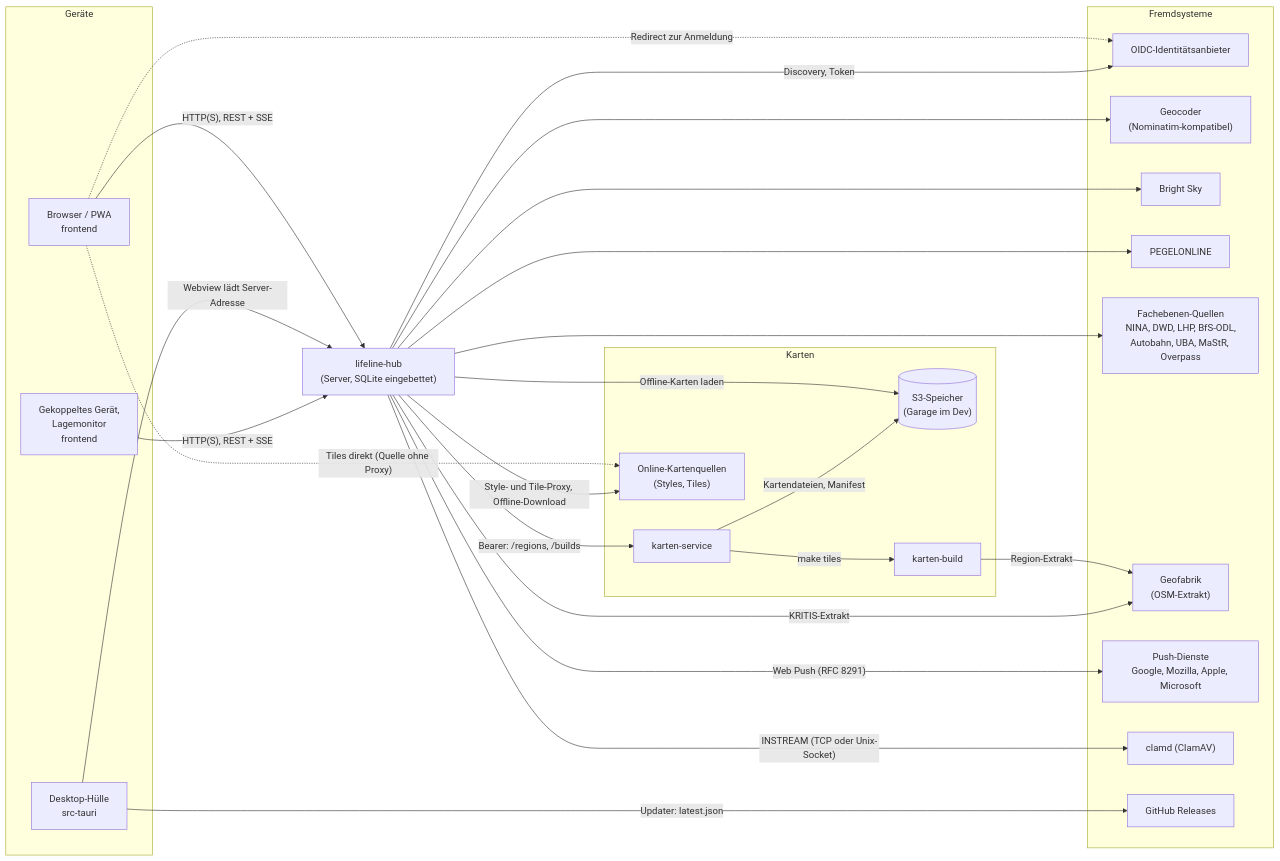
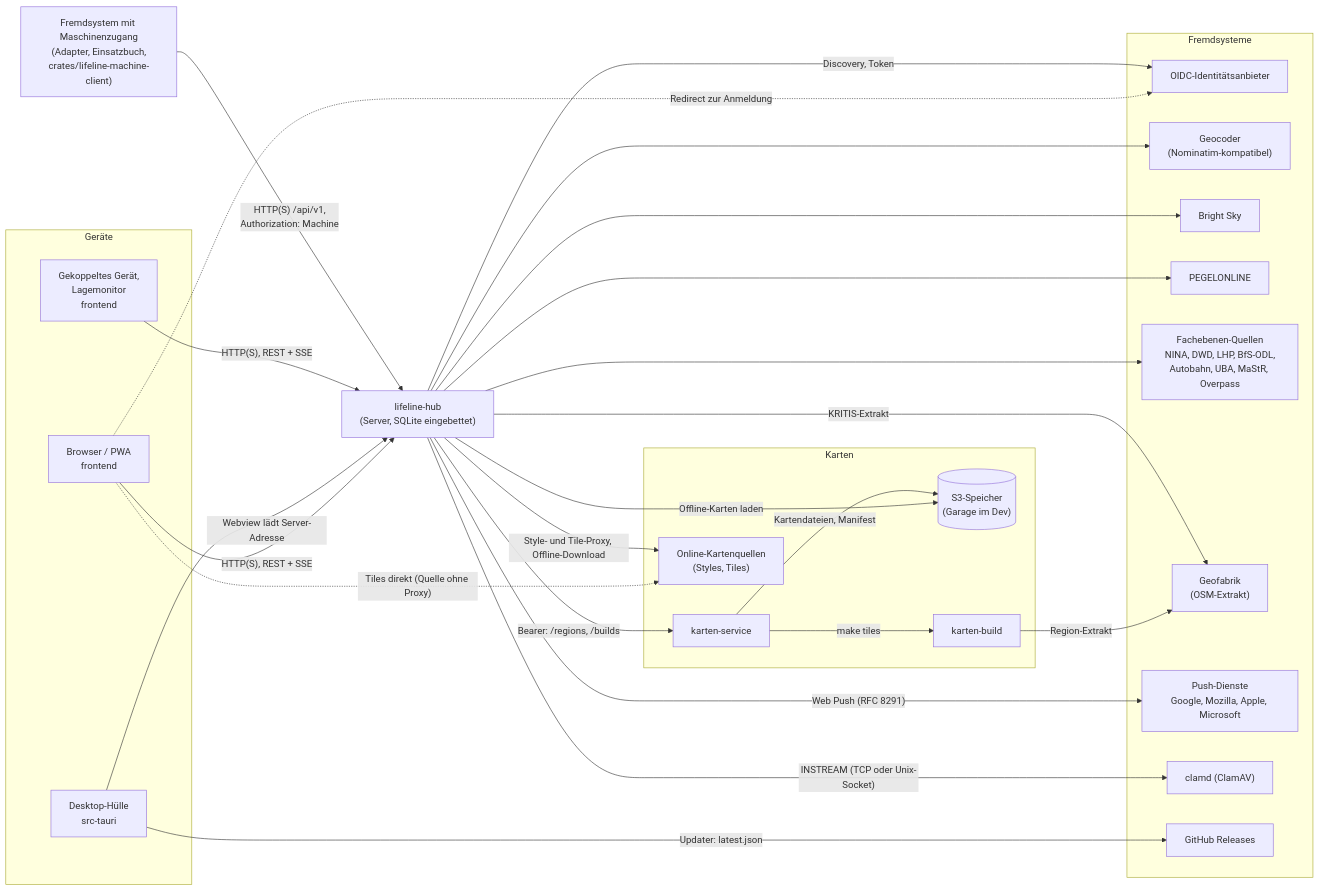
One commit to rubenvitt/lifeline-hub changed the diagram in docs/architektur/03-kontextabgrenzung.md. Above: the diagram before and after it, drawn with Mermaid. The commit also changed other lines of this file and 10 other files, not shown here.

````diff
--- a/docs/architektur/03-kontextabgrenzung.md
+++ b/docs/architektur/03-kontextabgrenzung.md
@@ -28,51 +28,54 @@
 ```mermaid
 flowchart LR
   subgraph geraete["Geräte"]
     browser["Browser / PWA<br/>frontend"]
     huelle["Desktop-Hülle<br/>src-tauri"]
     geraet["Gekoppeltes Gerät,<br/>Lagemonitor<br/>frontend"]
   end
+
+  maschine["Fremdsystem mit Maschinenzugang<br/>(Adapter, Einsatzbuch,<br/>crates/lifeline-machine-client)"]
 
   hub["lifeline-hub<br/>(Server, SQLite eingebettet)"]
 
   subgraph karten["Karten"]
     ks["karten-service"]
     s3[("S3-Speicher<br/>(Garage im Dev)")]
     kb["karten-build"]
     online["Online-Kartenquellen<br/>(Styles, Tiles)"]
   end
 
   subgraph fremd["Fremdsysteme"]
     idp["OIDC-Identitätsanbieter"]
     nominatim["Geocoder<br/>(Nominatim-kompatibel)"]
     brightsky["Bright Sky"]
     pegel["PEGELONLINE"]
     fach["Fachebenen-Quellen<br/>NINA, DWD, LHP, BfS-ODL,<br/>Autobahn, UBA, MaStR, Overpass"]
     geofabrik["Geofabrik<br/>(OSM-Extrakt)"]
     push["Push-Dienste<br/>Google, Mozilla, Apple, Microsoft"]
     clamd["clamd (ClamAV)"]
     gh["GitHub Releases"]
   end
 
   browser -- "HTTP(S), REST + SSE" --> hub
   huelle -- "Webview lädt Server-Adresse" --> hub
   geraet -- "HTTP(S), REST + SSE" --> hub
+  maschine -- "HTTP(S) /api/v1,<br/>Authorization: Machine" --> hub
   browser -. "Redirect zur Anmeldung" .-> idp
   browser -. "Tiles direkt (Quelle ohne Proxy)" .-> online
   huelle -- "Updater: latest.json" --> gh
 
   hub -- "Discovery, Token" --> idp
   hub -- "Style- und Tile-Proxy, Offline-Download" --> online
   hub -- "Bearer: /regions, /builds" --> ks
   hub -- "Offline-Karten laden" --> s3
   ks -- "Kartendateien, Manifest" --> s3
   ks -- "make tiles" --> kb
   kb -- "Region-Extrakt" --> geofabrik
   hub --> nominatim
   hub --> brightsky
   hub --> pegel
   hub --> fach
   hub -- "KRITIS-Extrakt" --> geofabrik
   hub -- "Web Push (RFC 8291)" --> push
   hub -- "INSTREAM (TCP oder Unix-Socket)" --> clamd
 ```
````
